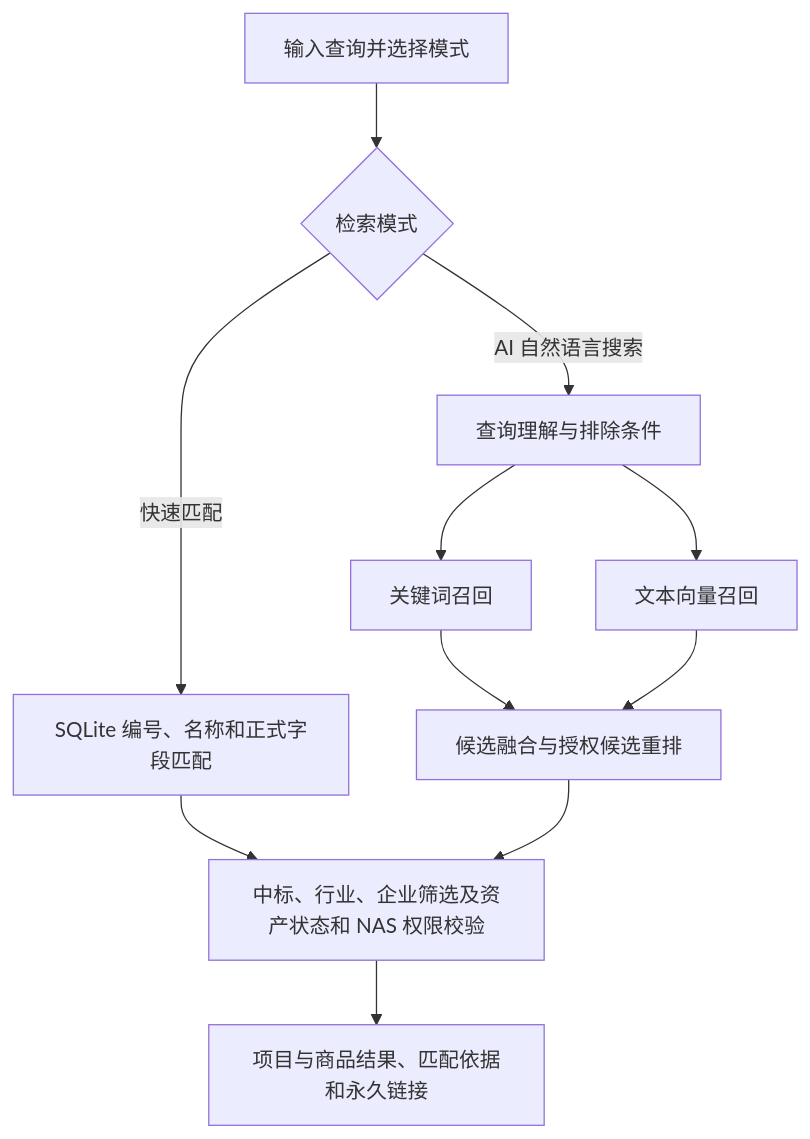
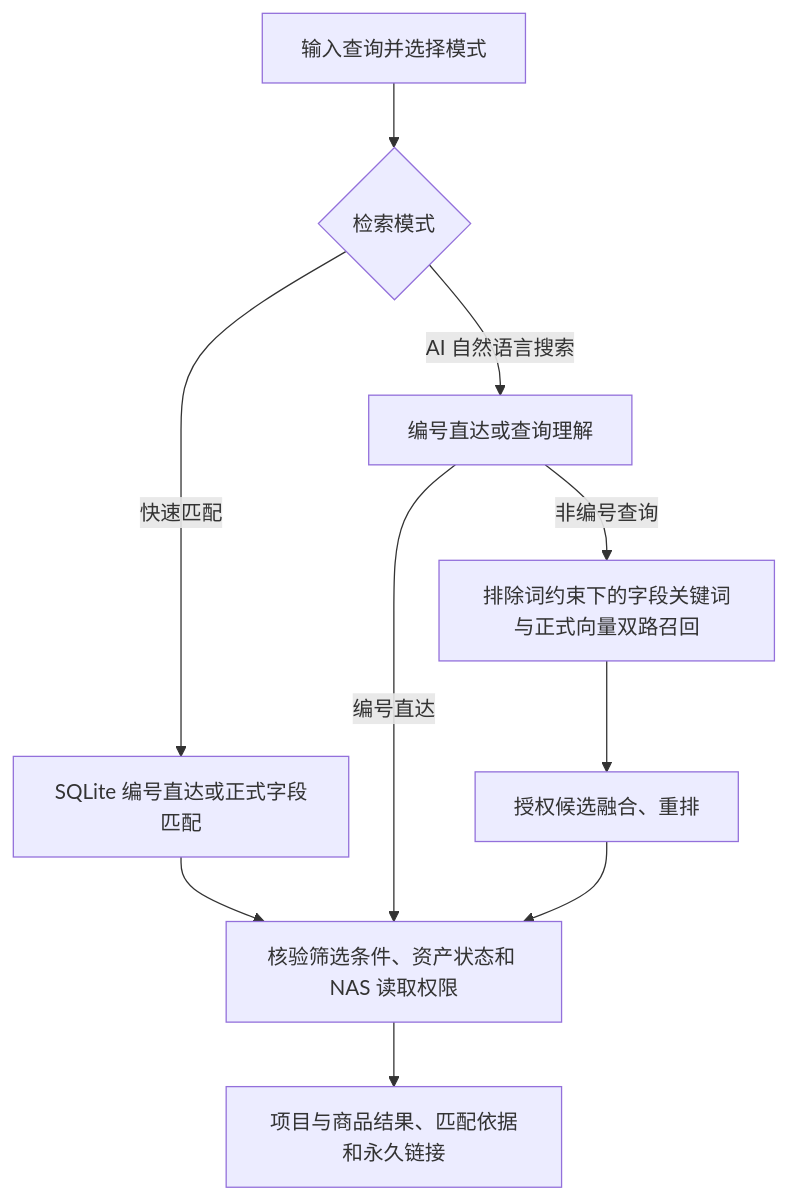
The diagram in docs/04-检索方案.md (OmNell/AI-for-Design-Assets), drawn with Mermaid before and after one commit. The commit also changed other lines of this file and 15 other files, not shown here.

````diff
--- a/docs/04-检索方案.md
+++ b/docs/04-检索方案.md
@@ -37,13 +37,12 @@
 ```mermaid
 flowchart TD
     A[输入查询并选择模式] --> B{检索模式}
-    B -->|快速匹配| C[SQLite 编号、名称和正式字段匹配]
-    B -->|AI 自然语言搜索| D[查询理解与排除条件]
-    D --> E[关键词召回]
-    D --> F[文本向量召回]
-    E --> G[候选融合与授权候选重排]
-    F --> G
-    C --> H[中标、行业、企业筛选及资产状态和 NAS 权限校验]
+    B -->|快速匹配| C[SQLite 编号直达或正式字段匹配]
+    B -->|AI 自然语言搜索| D[编号直达或查询理解]
+    D -->|非编号查询| E[排除词约束下的字段关键词与正式向量双路召回]
+    E --> G[授权候选融合、重排]
+    C --> H[核验筛选条件、资产状态和 NAS 读取权限]
+    D -->|编号直达| H
     G --> H
     H --> I[项目与商品结果、匹配依据和永久链接]
 ```
````
